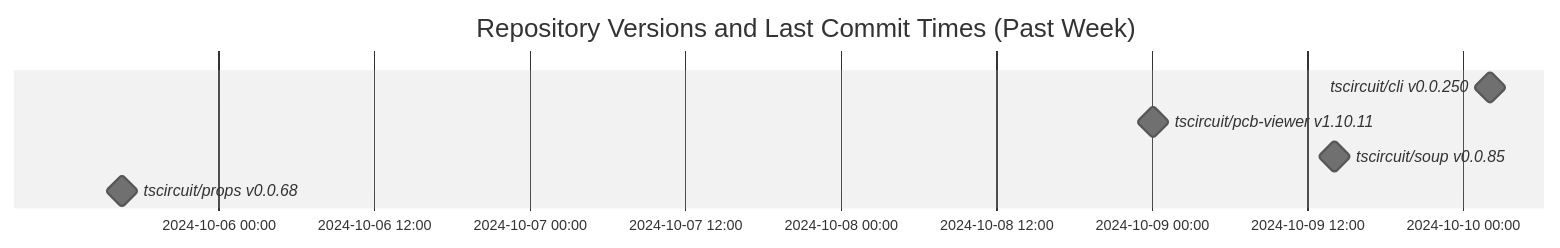
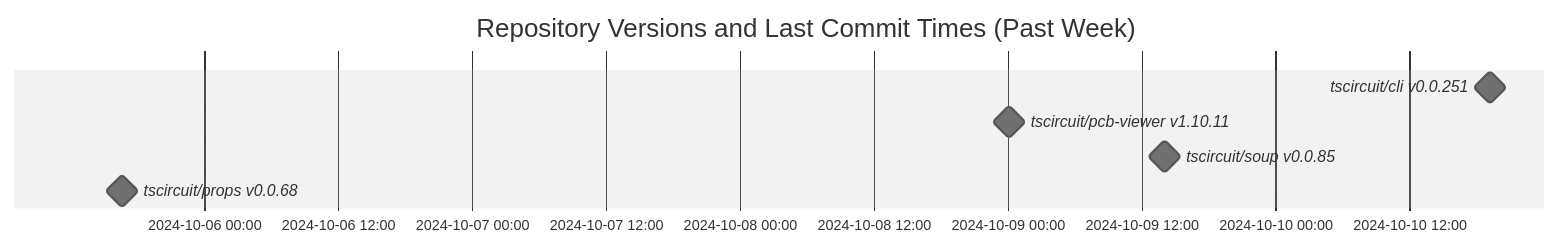
Before and after one commit to tscircuit/version-tracker: the diagram in README.md, drawn with Mermaid (neutral theme).

Commit message:
Update chart

````diff
--- a/README.md
+++ b/README.md
@@ -1,11 +1,11 @@
 ```mermaid
 gantt
   dateFormat  YYYY-MM-DD HH:mm:ss
   title Repository Versions and Last Commit Times (Past Week)
   axisFormat %Y-%m-%d %H:%M
 
-  tscircuit/cli v0.0.250 : milestone, 2024-10-10 02:04:40, 1s
+  tscircuit/cli v0.0.251 : milestone, 2024-10-10 19:16:36, 1s
   tscircuit/pcb-viewer v1.10.11 : milestone, 2024-10-09 00:04:47, 1s
   tscircuit/soup v0.0.85 : milestone, 2024-10-09 14:03:06, 1s
   tscircuit/props v0.0.68 : milestone, 2024-10-05 16:34:46, 1s
 ```
````
